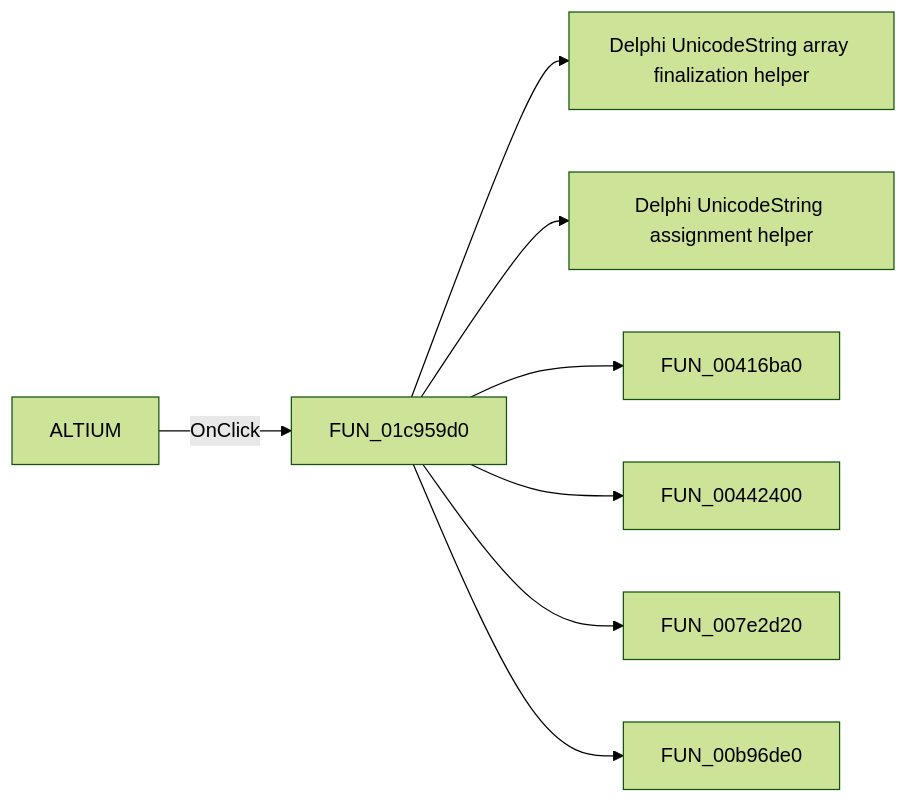
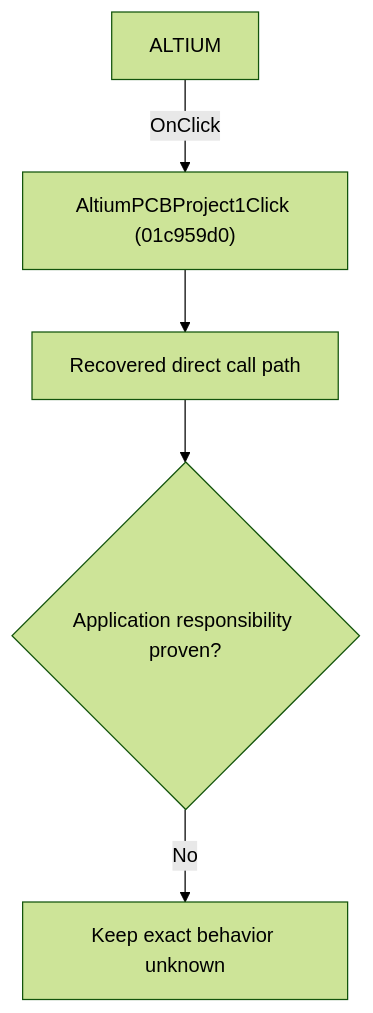
Before and after one commit to MovGP0/TIARA: the diagram in docs/ui-controls/schematiceditor/altiumpcbproject1-3989de4640.md, drawn with Mermaid (forest theme). The commit also changed other lines of this file and 1062 other files, not shown here.

````diff
--- a/docs/ui-controls/schematiceditor/altiumpcbproject1-3989de4640.md
+++ b/docs/ui-controls/schematiceditor/altiumpcbproject1-3989de4640.md
@@ -27,10 +27,7 @@
 ```mermaid
-flowchart LR
-    control["ALTIUM"] -->|OnClick| handler["FUN_01c959d0"]
-    handler --> call1["Delphi UnicodeString array finalization helper"]
-    handler --> call2["Delphi UnicodeString assignment helper"]
-    handler --> call3["FUN_00416ba0"]
-    handler --> call4["FUN_00442400"]
-    handler --> call5["FUN_007e2d20"]
-    handler --> call6["FUN_00b96de0"]
+flowchart TD
+    control["ALTIUM"] -->|"OnClick"| handler["AltiumPCBProject1Click (01c959d0)"]
+    handler --> recovered["Recovered direct call path"]
+    recovered --> gap{"Application responsibility proven?"}
+    gap -->|"No"| blocked["Keep exact behavior unknown"]
 ```
````
